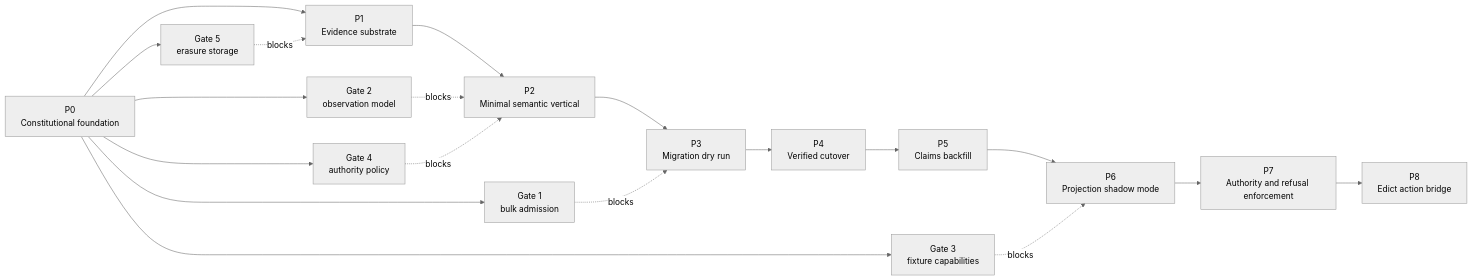
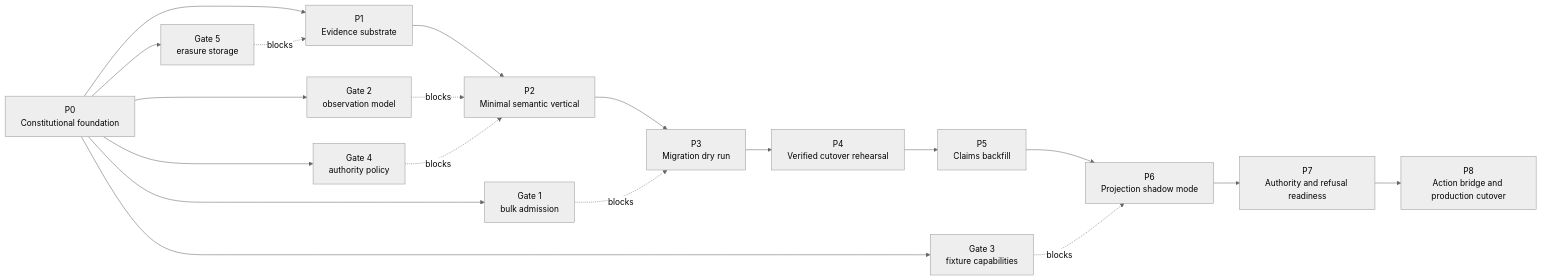
Before and after one commit to flyingrobots/think: diagram 33 of 37 in docs/design/ADR-THINK-001-delivery-plan.md, drawn with Mermaid (neutral theme). The commit also changed other lines of this file and 9 other files, not shown here.

````diff
--- a/docs/design/ADR-THINK-001-delivery-plan.md
+++ b/docs/design/ADR-THINK-001-delivery-plan.md
@@ -1301,23 +1309,23 @@
 ```mermaid
 flowchart LR
     P0["P0<br/>Constitutional foundation"] --> P1["P1<br/>Evidence substrate"]
     P1 --> P2["P2<br/>Minimal semantic vertical"]
     P2 --> P3["P3<br/>Migration dry run"]
-    P3 --> P4["P4<br/>Verified cutover"]
+    P3 --> P4["P4<br/>Verified cutover rehearsal"]
     P4 --> P5["P5<br/>Claims backfill"]
     P5 --> P6["P6<br/>Projection shadow mode"]
-    P6 --> P7["P7<br/>Authority and refusal enforcement"]
-    P7 --> P8["P8<br/>Edict action bridge"]
+    P6 --> P7["P7<br/>Authority and refusal readiness"]
+    P7 --> P8["P8<br/>Action bridge and production cutover"]
 
     G1["Gate 1<br/>bulk admission"] -. blocks .-> P3
     G2["Gate 2<br/>observation model"] -. blocks .-> P2
     G3["Gate 3<br/>fixture capabilities"] -. blocks .-> P6
     G4["Gate 4<br/>authority policy"] -. blocks .-> P2
     G5["Gate 5<br/>erasure storage"] -. blocks .-> P1
 
     P0 --> G1
     P0 --> G2
     P0 --> G3
     P0 --> G4
     P0 --> G5
 ```
````
